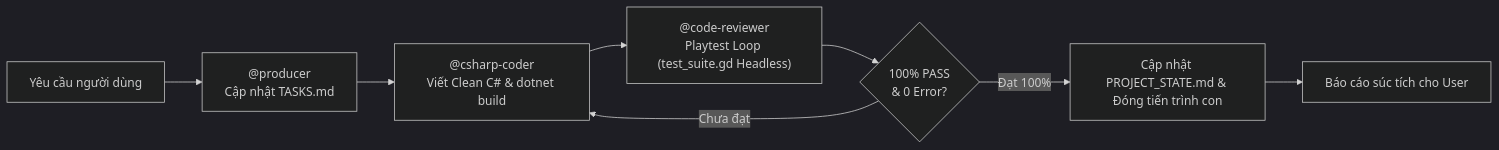
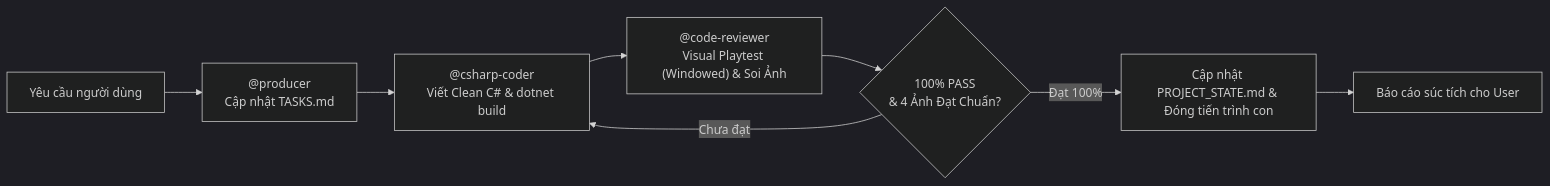
Before and after one commit to namsoaica/gamexnhau: the first of 3 diagrams in GEMINI.md, drawn with Mermaid (dark theme). The commit also changed other lines of this file and 18 other files, not shown here.

````diff
--- a/GEMINI.md
+++ b/GEMINI.md
@@ -26,10 +26,10 @@
 ```mermaid
 flowchart LR
     User["Yêu cầu người dùng"] --> Producer["@producer<br>Cập nhật TASKS.md"]
     Producer --> Coder["@csharp-coder<br>Viết Clean C# & dotnet build"]
-    Coder --> Reviewer["@code-reviewer<br>Playtest Loop (test_suite.gd Headless)"]
-    Reviewer --> SelfHeal{"100% PASS<br>& 0 Error?"}
+    Coder --> Reviewer["@code-reviewer<br>Visual Playtest (Windowed) & Soi Ảnh"]
+    Reviewer --> SelfHeal{"100% PASS<br>& 4 Ảnh Đạt Chuẩn?"}
     SelfHeal -- "Chưa đạt" --> Coder
     SelfHeal -- "Đạt 100%" --> State["Cập nhật PROJECT_STATE.md & Đóng tiến trình con"]
     State --> Report["Báo cáo súc tích cho User"]
 ```
````
